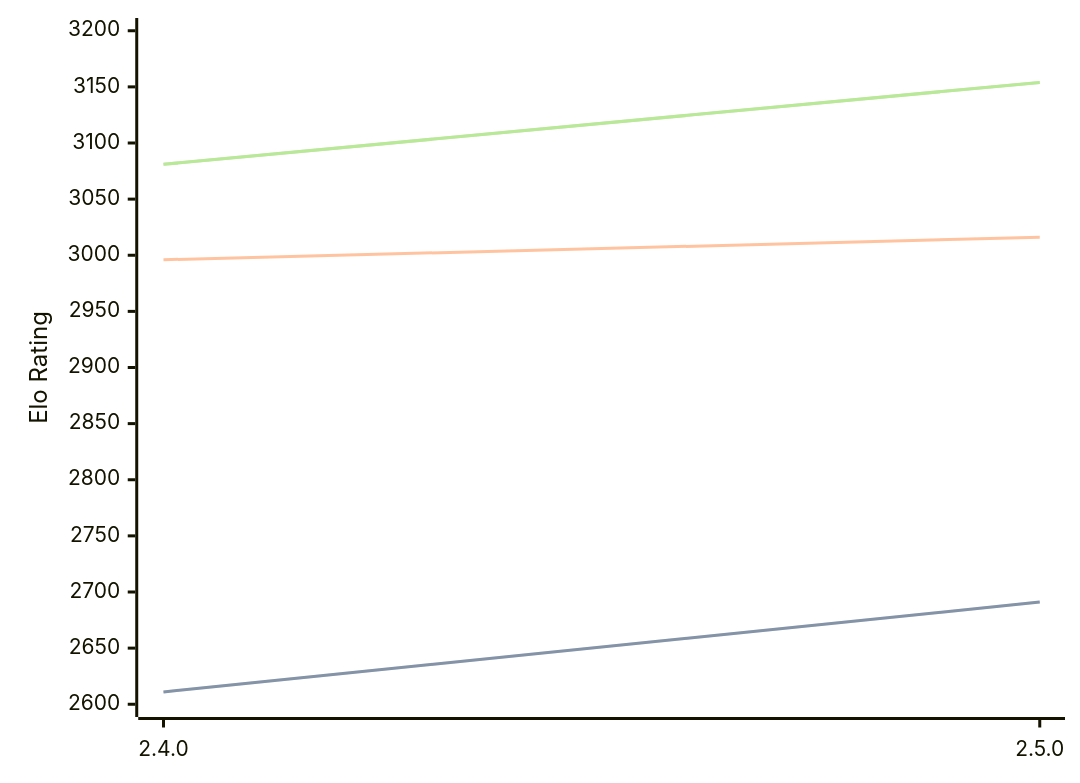
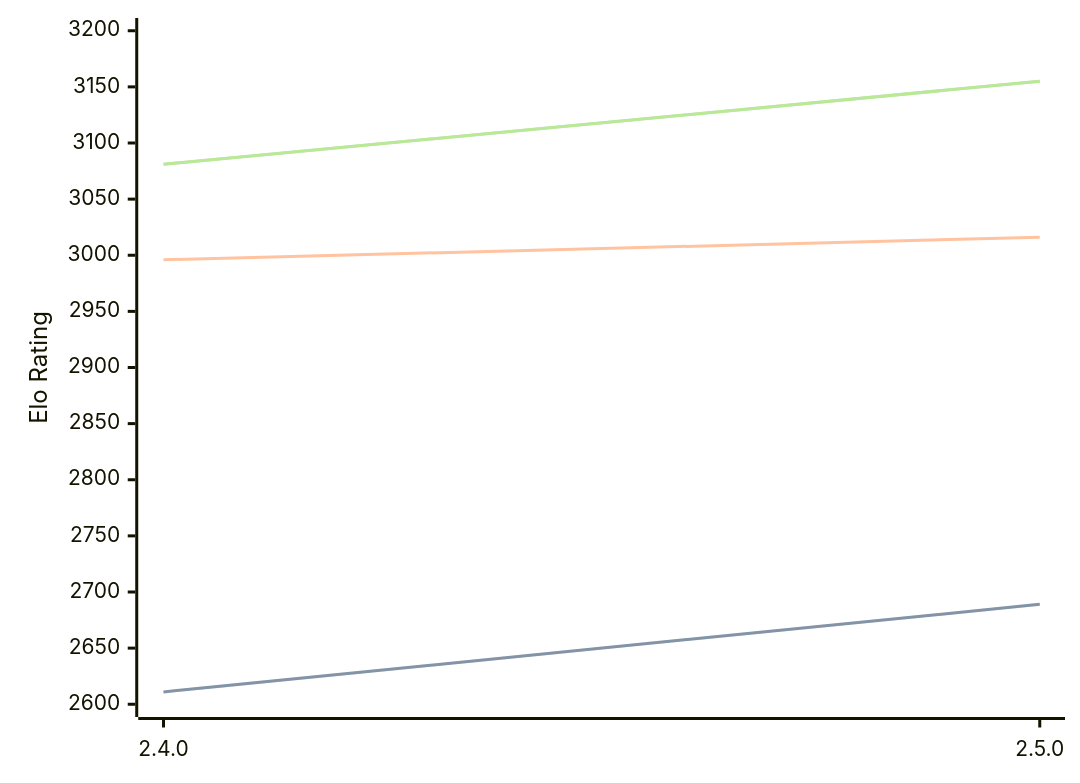
The diagram in engines/Sturddle2.md (computer-chess-index/cci), drawn with Mermaid before and after one commit. The commit also changed other lines of this file, not shown here.

Commit message:
Update CCI Ratings (ELO VLTC) - 2026-08-10

````diff
--- a/engines/Sturddle2.md
+++ b/engines/Sturddle2.md
@@ -32,11 +33,11 @@
 ```mermaid
 %%{init: {"theme":"base","themeVariables":{"seriesColors:['#a3a3a3','#222221','#faa371']}}}%%
 xychart-beta
   x-axis ["2.4.0", "2.5.0"]
   y-axis "Elo Rating" 2600 --> 3200
-  line "STC (8.0+0.08s)" [2611, 2691]
-  line "STC (8.0+0.08s)" [2611, 2691]
+  line "STC (8.0+0.08s)" [2611, 2689]
+  line "STC (8.0+0.08s)" [2611, 2689]
   line "LTC (60.0+0.60s)" [2996, 3016]
-  line "VLTC (2m24s+1.12s)" [3081, 3154]
-  line "VLTC (2m24s+1.12s)" [3081, 3154]
+  line "VLTC (2m24s+1.12s)" [3081, 3155]
+  line "VLTC (2m24s+1.12s)" [3081, 3155]
 ```
````
